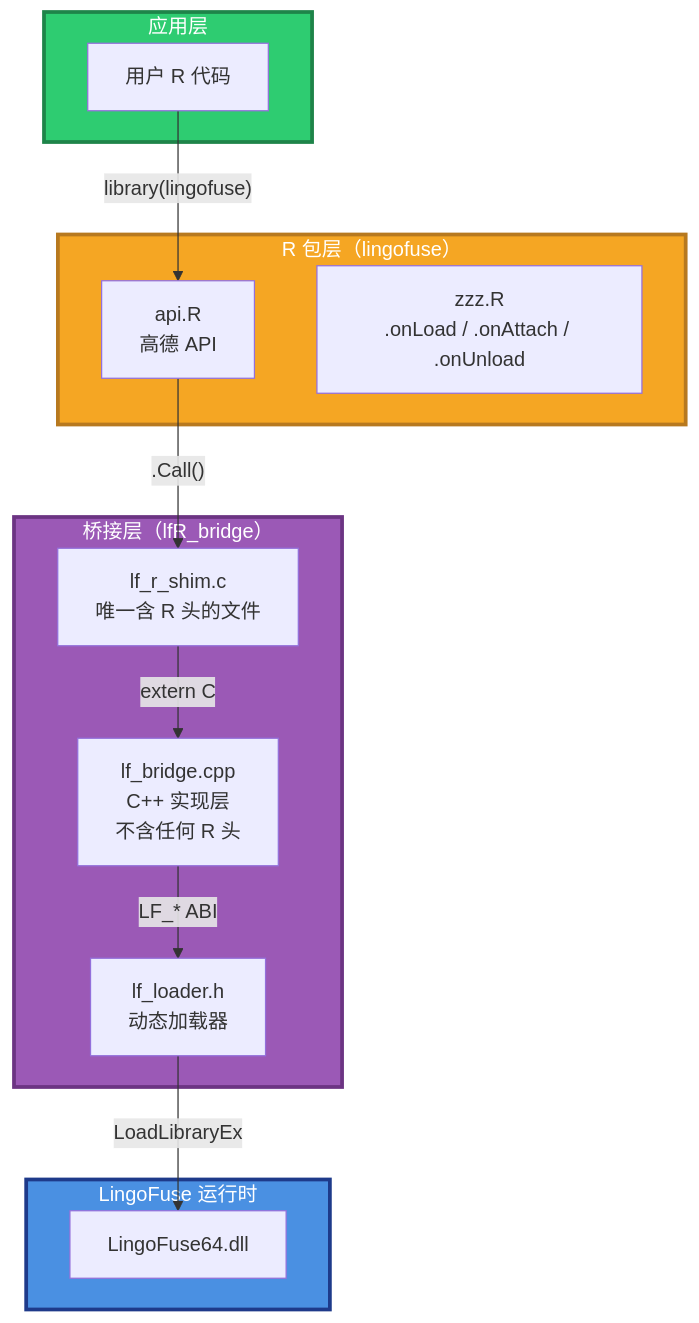
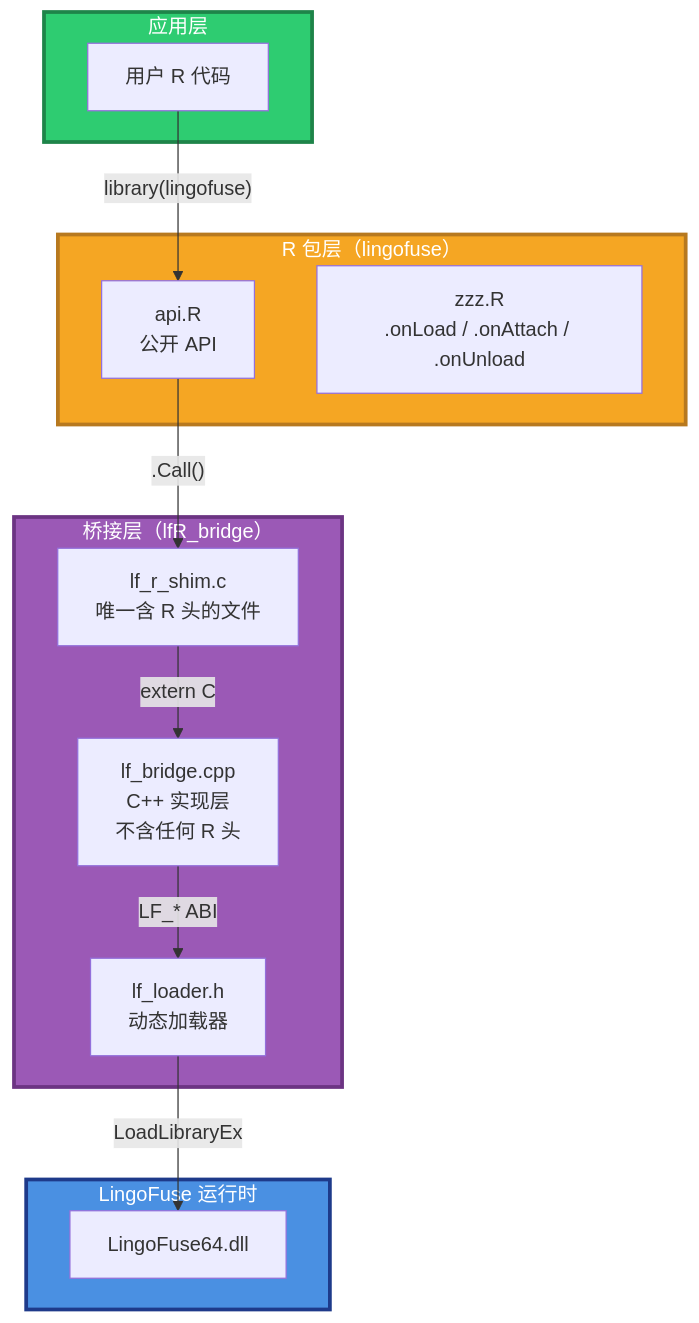
One commit to PassByYou888/LingoFuse changed the third of 10 diagrams in r/README.md. Above: the diagram before and after it, drawn with Mermaid. The commit also changed other lines of this file and 59 other files, not shown here.

````diff
--- a/r/README.md
+++ b/r/README.md
@@ -201,32 +245,32 @@
 ```mermaid
 graph TB
     subgraph L1["应用层"]
         USER["用户 R 代码"]
     end
 
     subgraph L2["R 包层（lingofuse）"]
-        API["api.R<br/>高德 API"]
+        API["api.R<br/>公开 API"]
         ZZZ["zzz.R<br/>.onLoad / .onAttach / .onUnload"]
     end
 
     subgraph L3["桥接层（lfR_bridge）"]
         SHIM["lf_r_shim.c<br/>唯一含 R 头的文件"]
         BRIDGE["lf_bridge.cpp<br/>C++ 实现层<br/>不含任何 R 头"]
         LOADER["lf_loader.h<br/>动态加载器"]
     end
 
     subgraph L4["LingoFuse 运行时"]
         CORE["LingoFuse64.dll"]
     end
 
     USER -->|"library(lingofuse)"| API
     API -->|".Call()"| SHIM
     SHIM -->|"extern C"| BRIDGE
     BRIDGE -->|"LF_* ABI"| LOADER
     LOADER -->|"LoadLibraryEx"| CORE
 
     style L1 fill:#2ECC71,stroke:#1E8449,stroke-width:3px,color:#FFFFFF
     style L2 fill:#F5A623,stroke:#B7791F,stroke-width:3px,color:#FFFFFF
     style L3 fill:#9B59B6,stroke:#6C3483,stroke-width:3px,color:#FFFFFF
     style L4 fill:#4A90E2,stroke:#1E3A8A,stroke-width:3px,color:#FFFFFF
 ```
````
